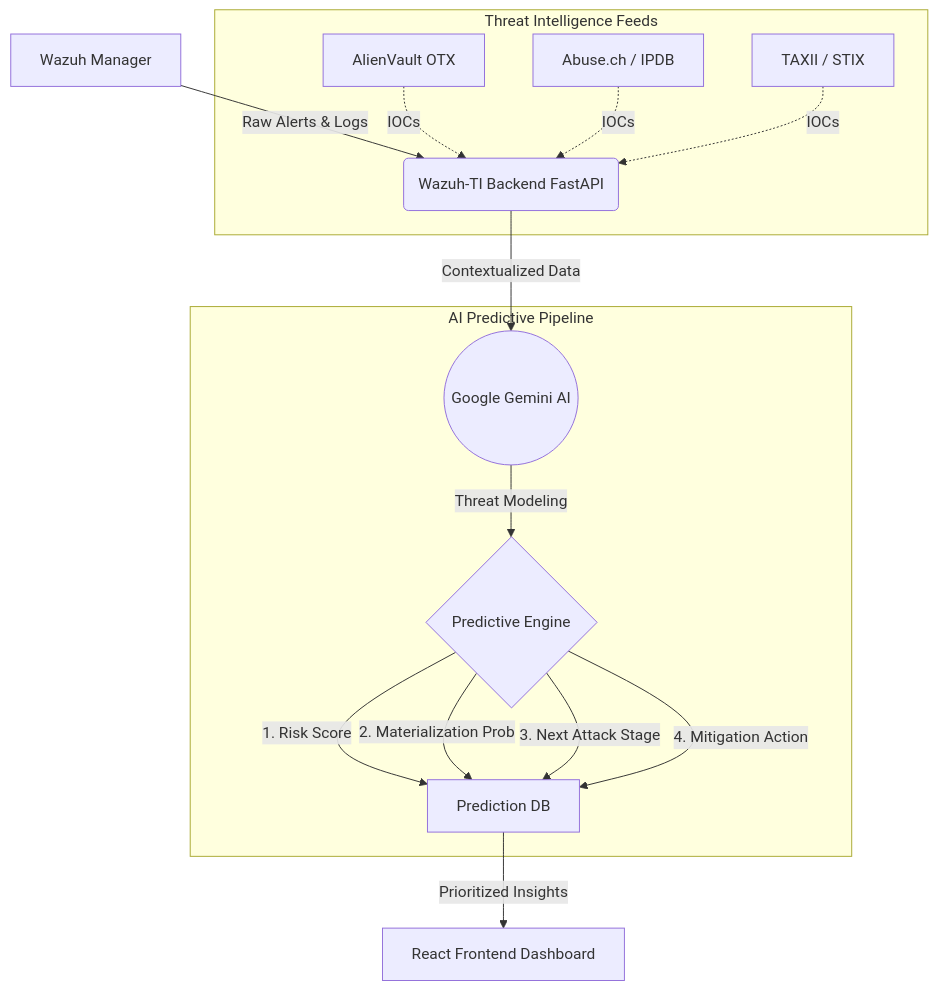
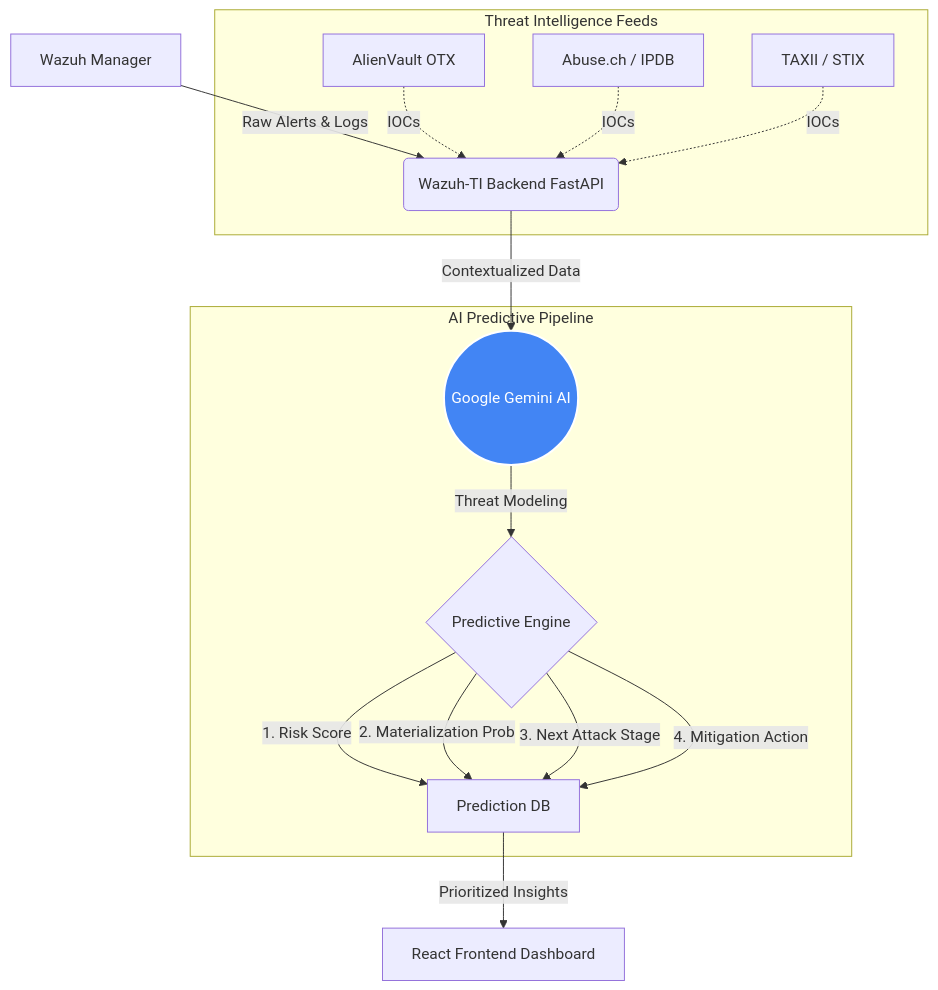
Before and after one commit to Syed-Saadan-Uddin/STIX-TAXII-Integration-in-Wazuh: the diagram in README.md, drawn with Mermaid. The commit also changed other lines of this file and 2 other files, not shown here.

````diff
--- a/README.md
+++ b/README.md
@@ -107,21 +67,24 @@
 ```mermaid
 graph TD
     A[Wazuh Manager] -->|Raw Alerts & Logs| B(Wazuh-TI Backend FastAPI)
     
     subgraph Threat Intelligence Feeds
     C[AlienVault OTX] -.->|IOCs| B
     D[Abuse.ch / IPDB] -.->|IOCs| B
     E[TAXII / STIX] -.->|IOCs| B
     end
     
     subgraph AI Predictive Pipeline
     B -->|Contextualized Data| F((Google Gemini AI))
     F -->|Threat Modeling| H{Predictive Engine}
     H -->|1. Risk Score| P[Prediction DB]
     H -->|2. Materialization Prob| P
     H -->|3. Next Attack Stage| P
     H -->|4. Mitigation Action| P
     end
     
     P -->|Prioritized Insights| G[React Frontend Dashboard]
+    
+    classDef ai fill:#4285F4,stroke:#fff,stroke-width:2px,color:#fff;
+    class F ai;
 ```
````
